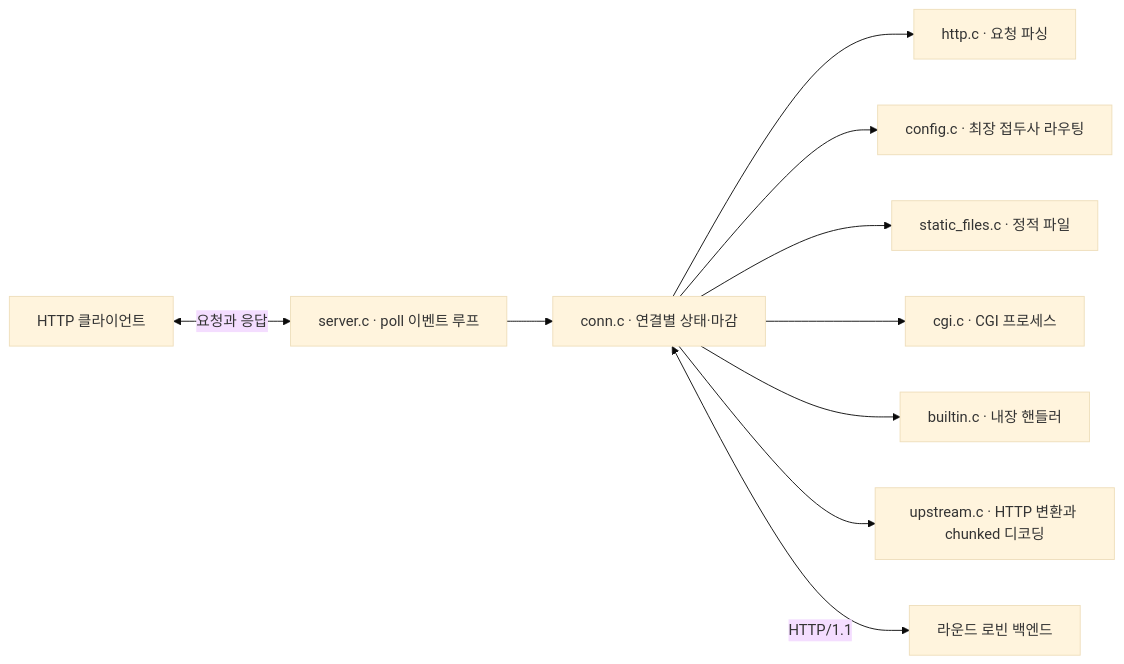
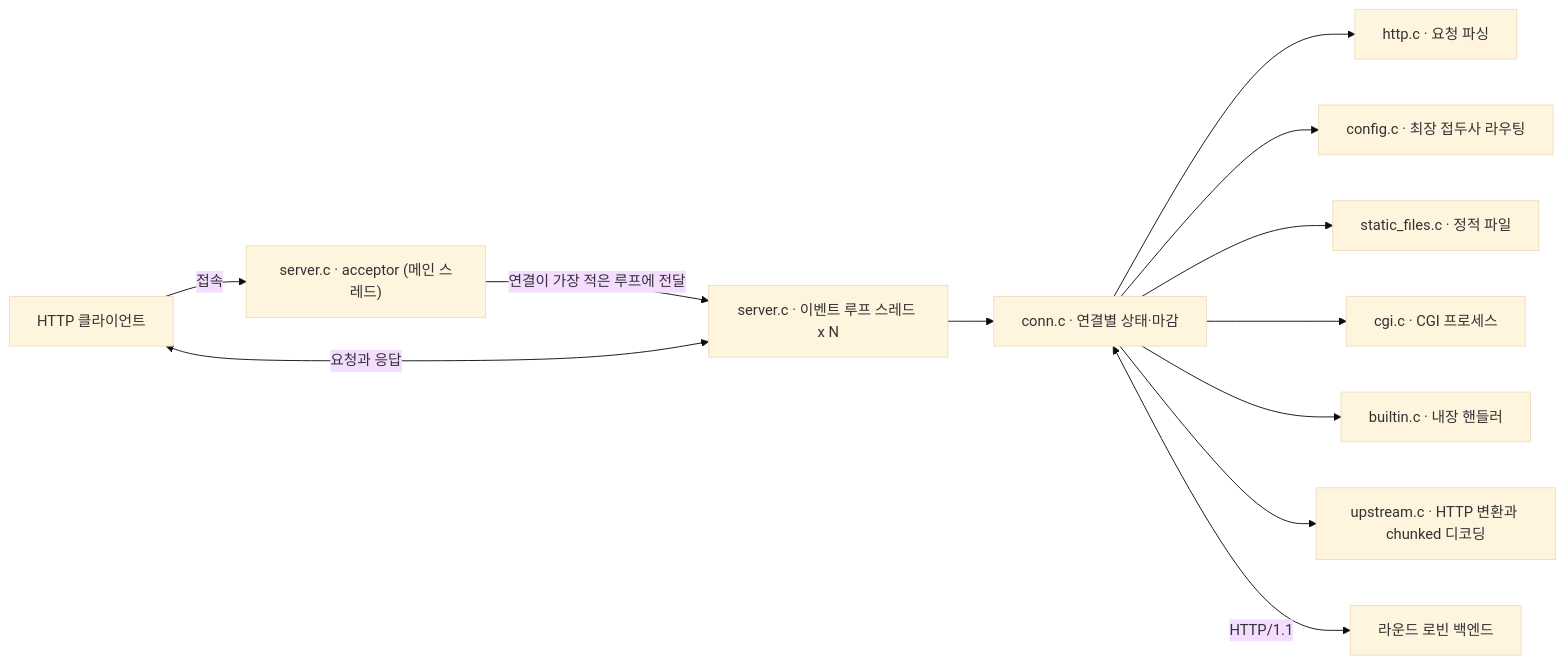
Before and after one commit to 1224kang/mini-web-server: the diagram in README.md, drawn with Mermaid (base theme). The commit also changed other lines of this file and 12 other files, not shown here.

First line of the commit message:
멀티 이벤트 루프: acceptor 1개 + poll 루프 스레드 N개

````diff
--- a/README.md
+++ b/README.md
@@ -29,12 +47,14 @@
 ```mermaid
 flowchart LR
-    C["HTTP 클라이언트"] <-->|"요청과 응답"| S["server.c · poll 이벤트 루프"]
+    C["HTTP 클라이언트"] -->|"접속"| A0["server.c · acceptor (메인 스레드)"]
+    A0 -->|"연결이 가장 적은 루프에 전달"| S["server.c · 이벤트 루프 스레드 x N"]
+    C <-->|"요청과 응답"| S
     S --> N["conn.c · 연결별 상태·마감"]
     N --> H["http.c · 요청 파싱"]
     N --> P["config.c · 최장 접두사 라우팅"]
     N --> F["static_files.c · 정적 파일"]
     N --> G["cgi.c · CGI 프로세스"]
     N --> B["builtin.c · 내장 핸들러"]
     N --> U["upstream.c · HTTP 변환과 chunked 디코딩"]
     N <-->|"HTTP/1.1"| A["라운드 로빈 백엔드"]
 ```
````
